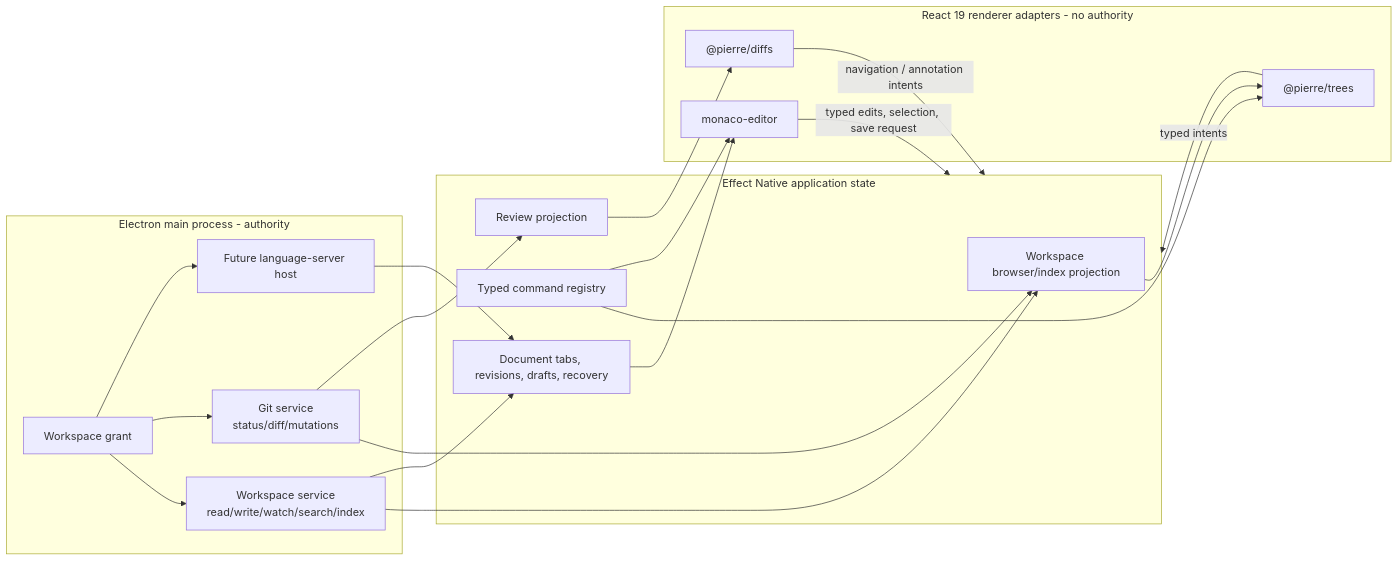
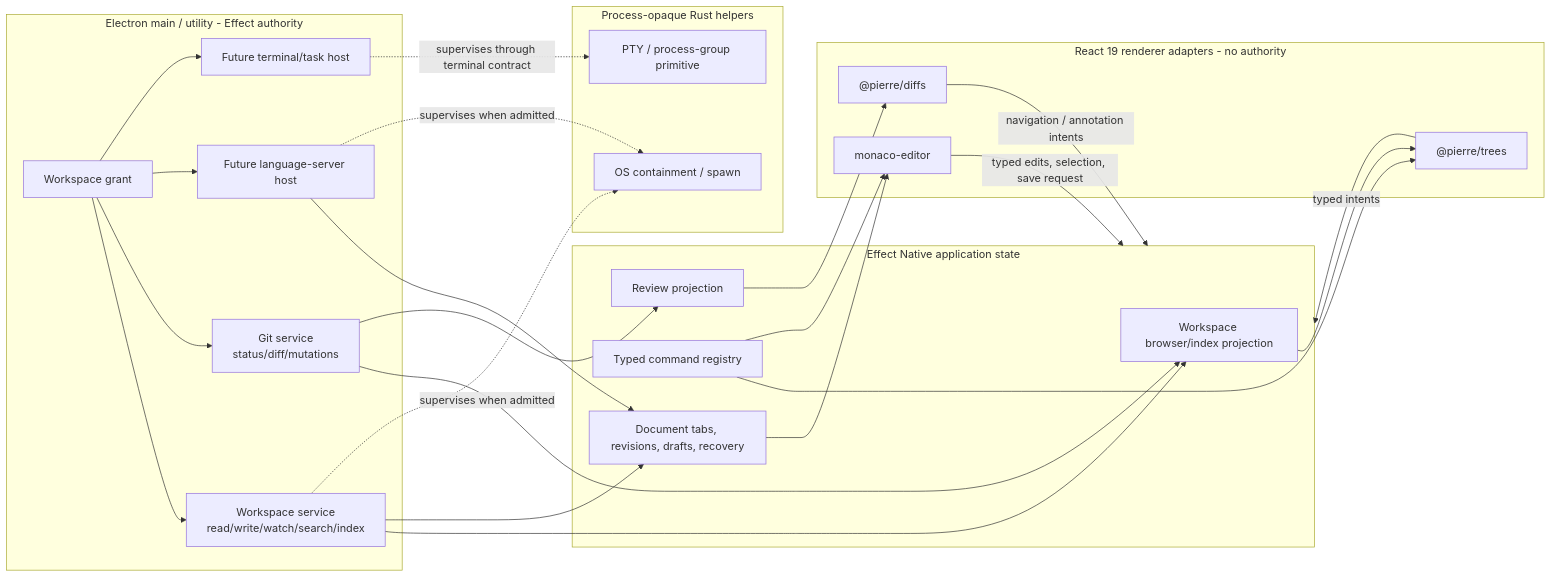
Before and after one commit to OpenAgentsInc/openagents: the diagram in docs/ide/2026-07-18-openagents-desktop-basic-ide-vscode-pierre-plan.md, drawn with Mermaid. The commit also changed other lines of this file and 10 other files, not shown here.

Commit message:
docs: define Zed-quality IDE architecture

````diff
--- a/docs/ide/2026-07-18-openagents-desktop-basic-ide-vscode-pierre-plan.md
+++ b/docs/ide/2026-07-18-openagents-desktop-basic-ide-vscode-pierre-plan.md
@@ -293,39 +300,49 @@
 ```mermaid
 flowchart LR
-  subgraph Main["Electron main process - authority"]
+  subgraph Main["Electron main / utility - Effect authority"]
     Grant["Workspace grant"]
     FS["Workspace service\nread/write/watch/search/index"]
     Git["Git service\nstatus/diff/mutations"]
     LSP["Future language-server host"]
+    Terminal["Future terminal/task host"]
     Grant --> FS
     Grant --> Git
     Grant --> LSP
+    Grant --> Terminal
+  end
+
+  subgraph Native["Process-opaque Rust helpers"]
+    PTY["PTY / process-group primitive"]
+    Sandbox["OS containment / spawn"]
   end
 
   subgraph State["Effect Native application state"]
     Browser["Workspace browser/index projection"]
     Docs["Document tabs, revisions, drafts, recovery"]
     Commands["Typed command registry"]
     Review["Review projection"]
   end
 
   subgraph React["React 19 renderer adapters - no authority"]
     Tree["@pierre/trees"]
     Monaco["monaco-editor"]
     Diffs["@pierre/diffs"]
   end
 
   FS --> Browser
   FS --> Docs
   Git --> Browser
   Git --> Review
   LSP --> Docs
   Browser --> Tree
   Docs --> Monaco
   Review --> Diffs
   Commands --> Tree
   Commands --> Monaco
   Tree -->|"typed intents"| State
   Monaco -->|"typed edits, selection, save request"| State
   Diffs -->|"navigation / annotation intents"| State
+  FS -. "supervises when admitted" .-> Sandbox
+  LSP -. "supervises when admitted" .-> Sandbox
+  Terminal -. "supervises through terminal contract" .-> PTY
 ```
````
